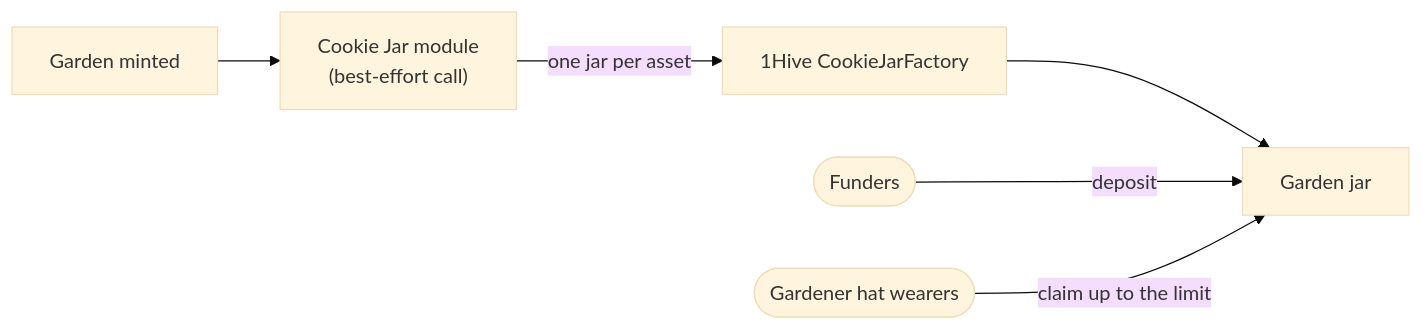
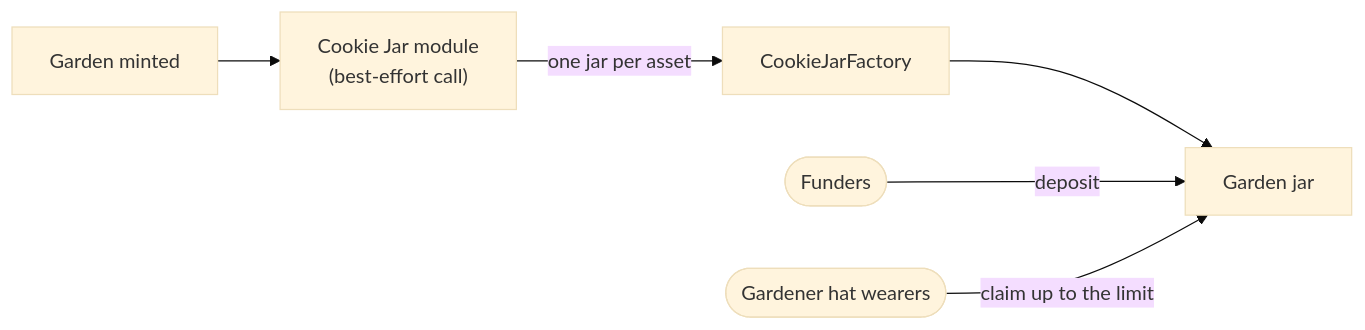
One commit to greenpill-dev-guild/green-goods changed the diagram in docs/docs/builders/integrations/cookie-jar.mdx. Above: the diagram before and after it, drawn with Mermaid (base theme). The commit also changed other lines of this file and 44 other files, not shown here.

````diff
--- a/docs/docs/builders/integrations/cookie-jar.mdx
+++ b/docs/docs/builders/integrations/cookie-jar.mdx
@@ -64,8 +65,8 @@
 ```mermaid
 flowchart LR
   mint["Garden minted"] --> module["Cookie Jar module<br/>(best-effort call)"]
-  module -->|one jar per asset| factory["1Hive CookieJarFactory"]
+  module -->|one jar per asset| factory["CookieJarFactory"]
   factory --> jar["Garden jar"]
   funders([Funders]) -->|deposit| jar
   gardeners([Gardener hat wearers]) -->|claim up to the limit| jar
 ```
````
